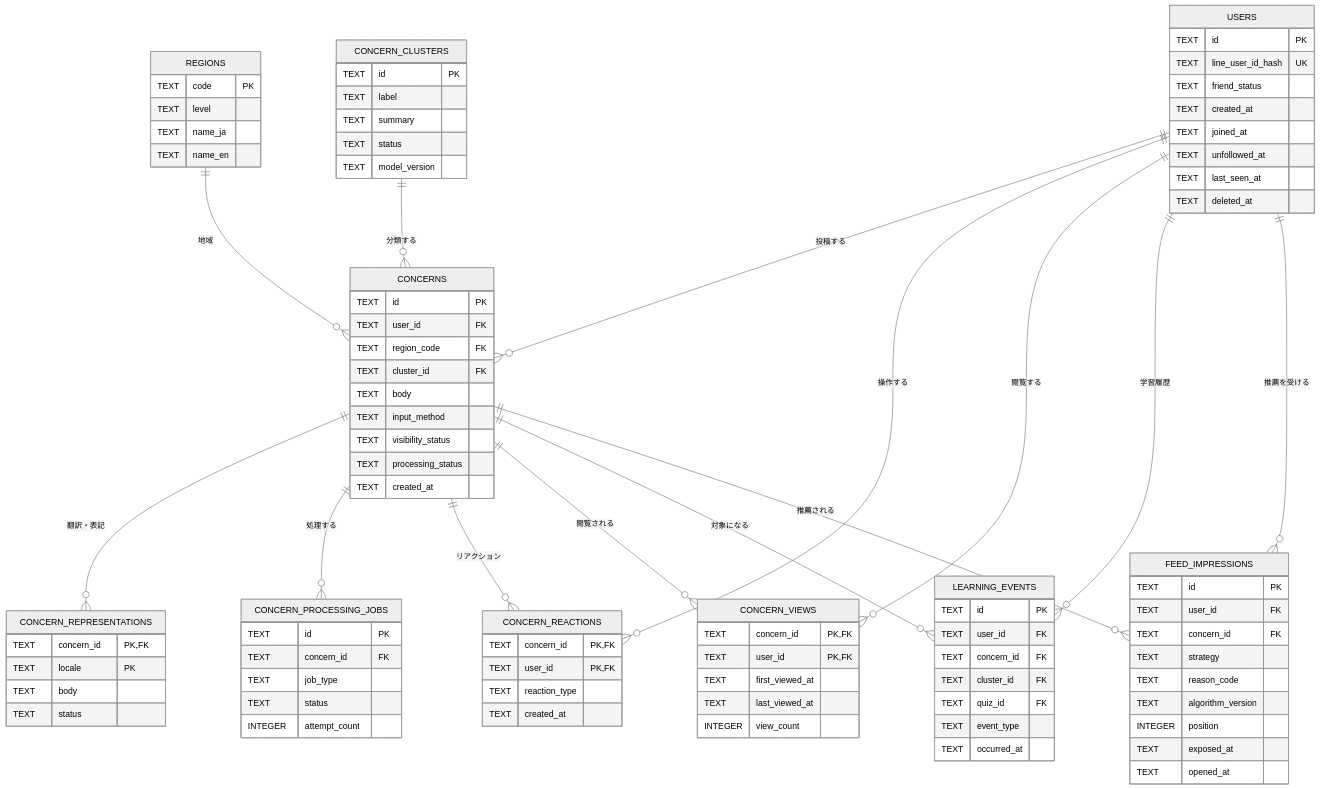
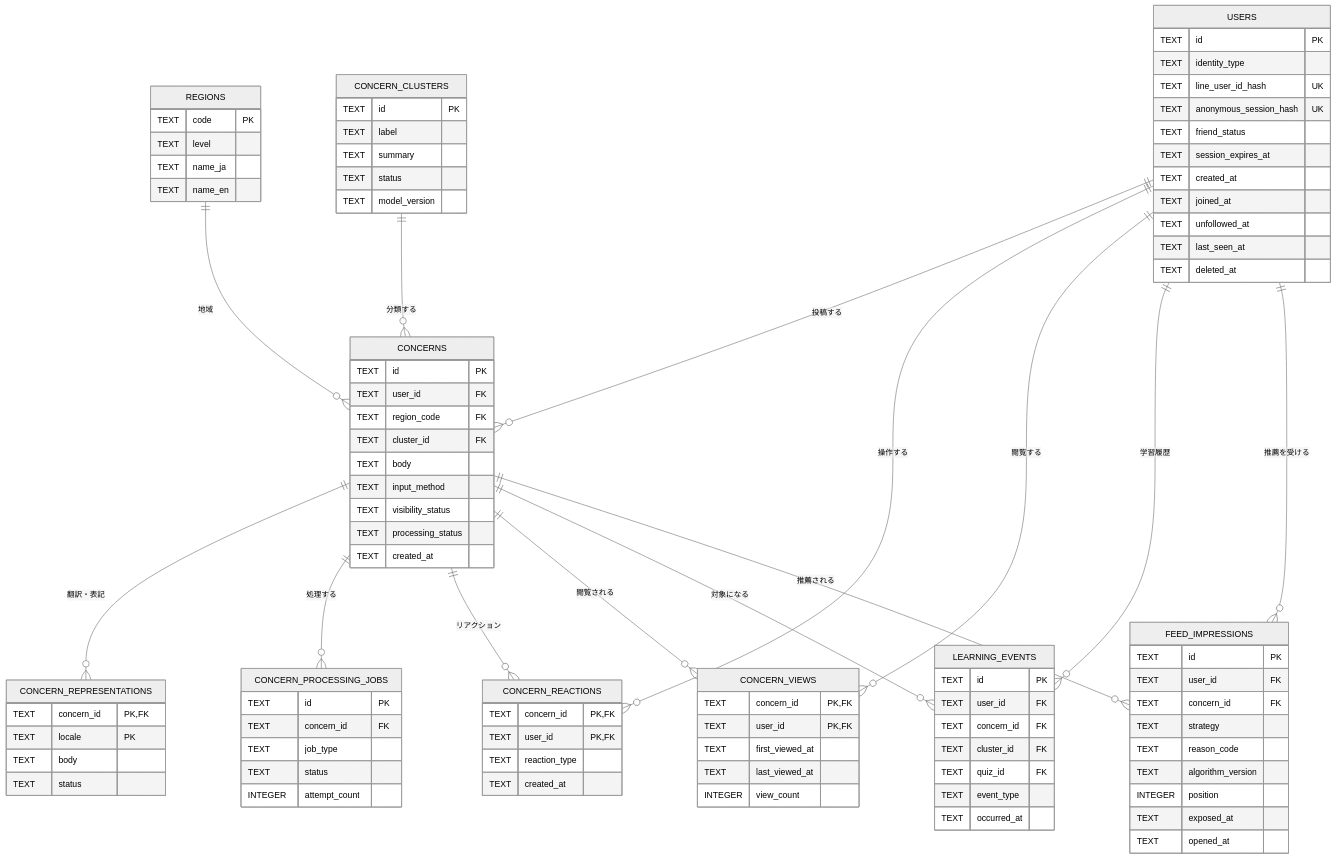
Before and after one commit to Digix00/58-Hackathon-202609: the first of 3 diagrams in docs/technical/database.md, drawn with Mermaid (neutral theme). The commit also changed other lines of this file, not shown here.

```diff
--- a/docs/technical/database.md
+++ b/docs/technical/database.md
@@ -74,8 +75,11 @@
 
   USERS {
     TEXT id PK
+    TEXT identity_type
     TEXT line_user_id_hash UK
+    TEXT anonymous_session_hash UK
     TEXT friend_status
+    TEXT session_expires_at
     TEXT created_at
     TEXT joined_at
     TEXT unfollowed_at
```
